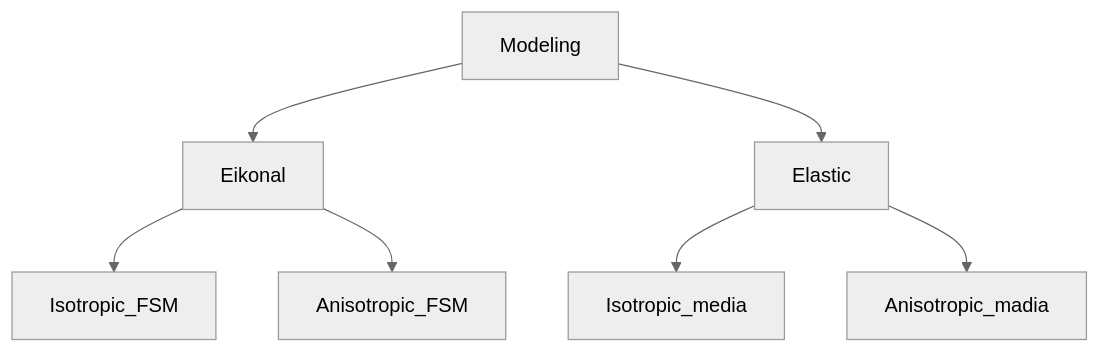
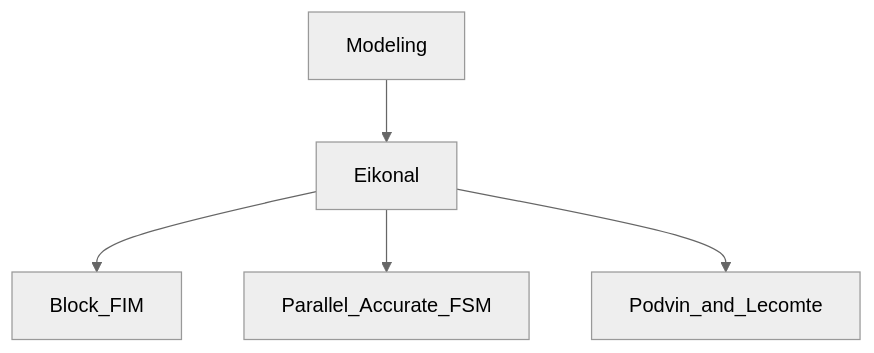
Before and after one commit to phbastosa/SeisFAT3D: the diagram in src/modeling/README.md, drawn with Mermaid (neutral theme). The commit also changed other lines of this file and 28 other files, not shown here.

````diff
--- a/src/modeling/README.md
+++ b/src/modeling/README.md
@@ -3,12 +3,11 @@
 ```mermaid
 graph TD;
+
 Modeling-->Eikonal;
-Modeling-->Elastic;
 
-Eikonal-->Isotropic_FSM;
-Eikonal-->Anisotropic_FSM;
+Eikonal-->Block_FIM;
 
-Elastic-->Isotropic_media;
-Elastic-->Anisotropic_madia;
+Eikonal-->Parallel_Accurate_FSM;
 
+Eikonal-->Podvin_and_Lecomte;
 ```
````
